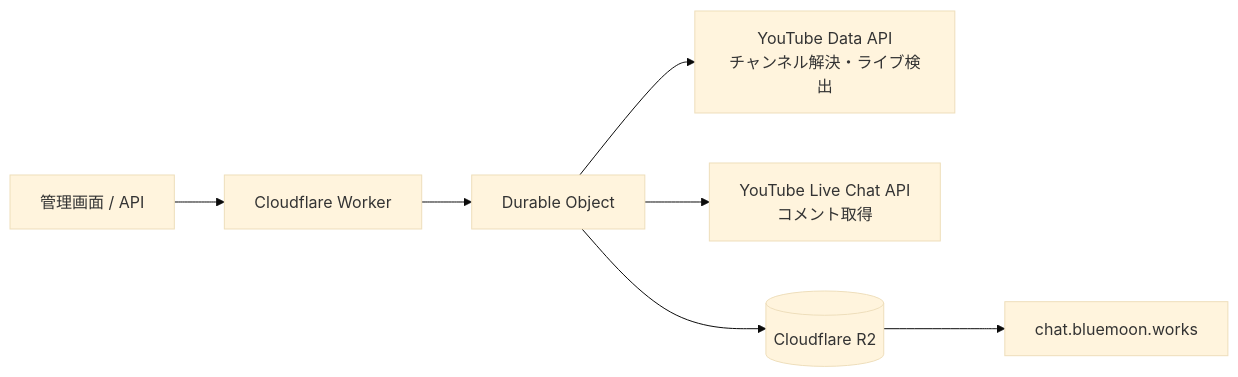
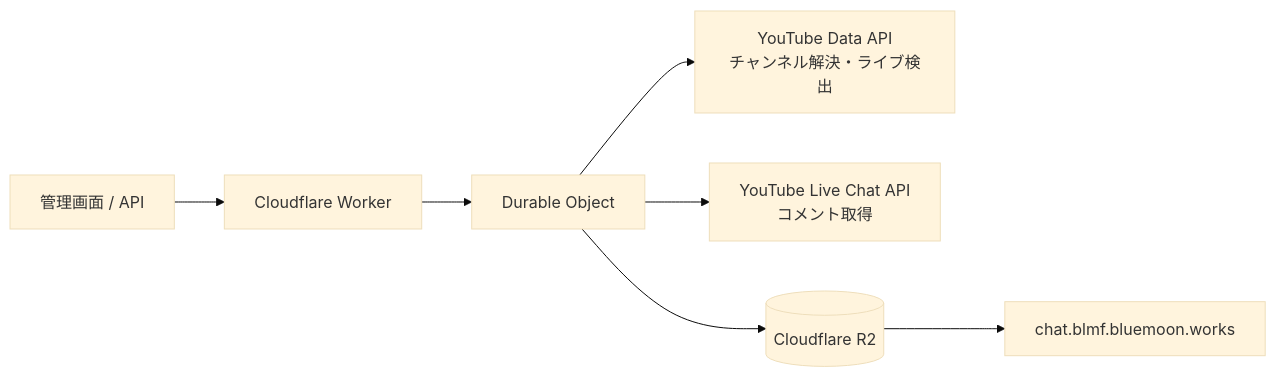
Before and after one commit to azumag/blmf-chat-relay: the diagram in README.md, drawn with Mermaid (base theme). The commit also changed other lines of this file and 1 other file, not shown here.

Commit message:
chore: use BLMF chat subdomain

````diff
--- a/README.md
+++ b/README.md
@@ -23,9 +23,9 @@
 ```mermaid
 flowchart LR
   Admin[管理画面 / API] --> Worker[Cloudflare Worker]
   Worker --> DO[Durable Object]
   DO --> Search[YouTube Data API\nチャンネル解決・ライブ検出]
   DO --> Chat[YouTube Live Chat API\nコメント取得]
   DO --> R2[(Cloudflare R2)]
-  R2 --> Domain[chat.bluemoon.works]
+  R2 --> Domain[chat.blmf.bluemoon.works]
 ```
````
